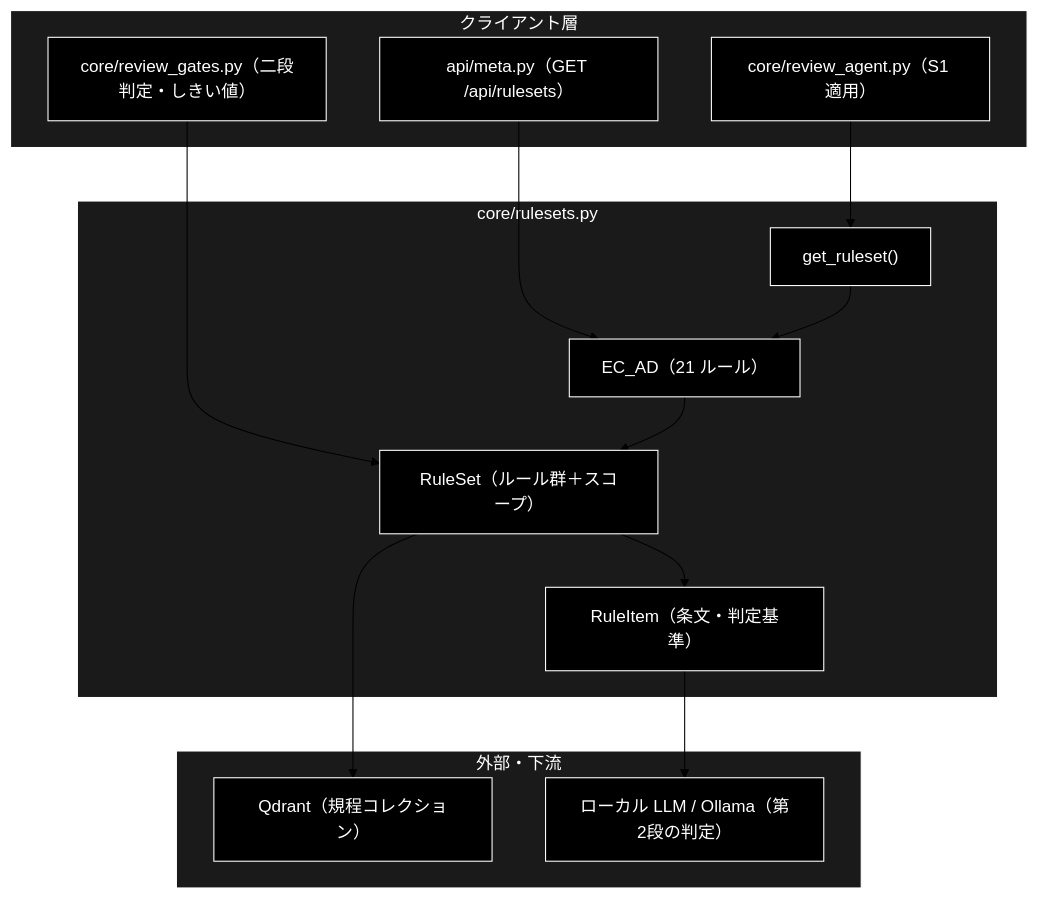
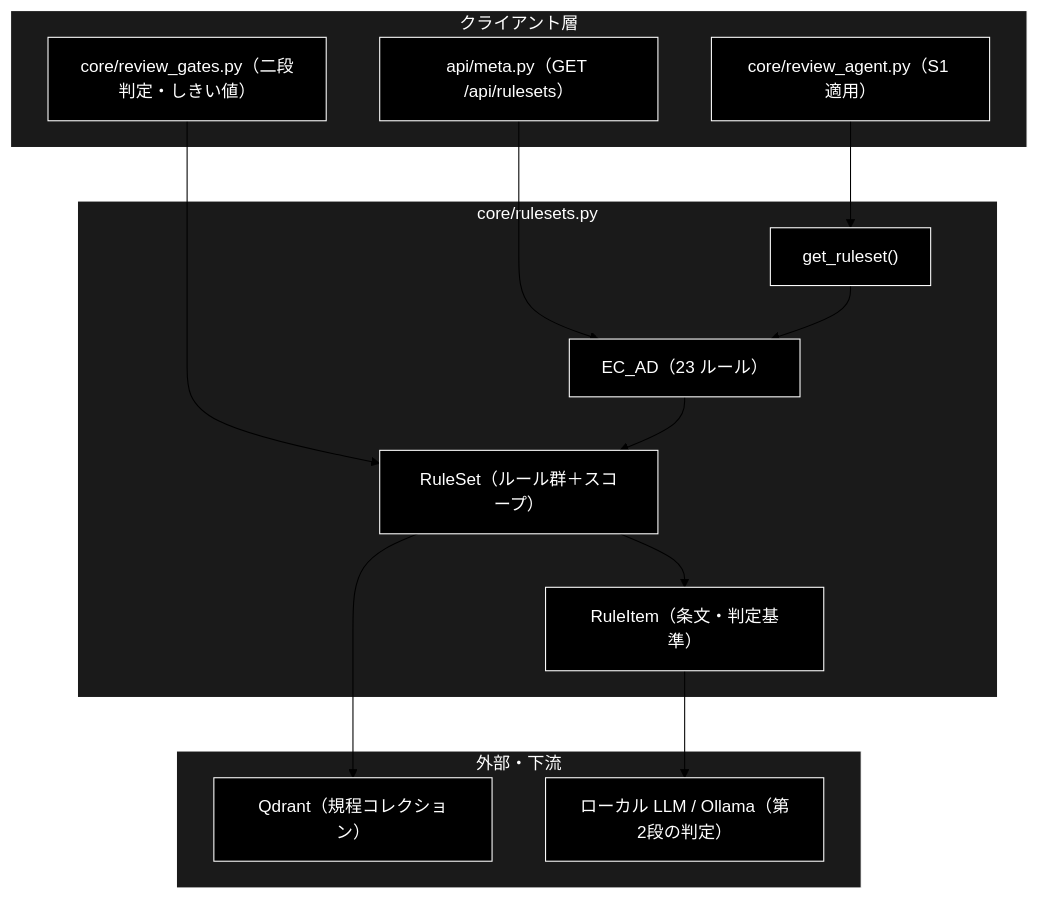
Before and after one commit to nakashima2toshio/grace_v2_local: the first of 3 diagrams in backend/docs/reference/core_rulesets.md, drawn with Mermaid (forest theme). The commit also changed other lines of this file and 57 other files, not shown here.

````diff
--- a/backend/docs/reference/core_rulesets.md
+++ b/backend/docs/reference/core_rulesets.md
@@ -81,35 +90,35 @@
 ```mermaid
 flowchart TB
     subgraph CLIENT["クライアント層"]
         AGENT["core/review_agent.py（S1 適用）"]
         GATES["core/review_gates.py（二段判定・しきい値）"]
         META["api/meta.py（GET /api/rulesets）"]
     end
 
     subgraph MODULE["core/rulesets.py"]
         RULEITEM["RuleItem（条文・判定基準）"]
         RULESET["RuleSet（ルール群＋スコープ）"]
-        ECAD["EC_AD（21 ルール）"]
+        ECAD["EC_AD（23 ルール）"]
         GETRS["get_ruleset()"]
     end
 
     subgraph EXTERNAL["外部・下流"]
         QDRANT["Qdrant（規程コレクション）"]
         LLM["ローカル LLM / Ollama（第2段の判定）"]
     end
 
     AGENT --> GETRS
     GATES --> RULESET
     META --> ECAD
     GETRS --> ECAD
     ECAD --> RULESET
     RULESET --> RULEITEM
     RULESET --> QDRANT
     RULEITEM --> LLM
 classDef default fill:#000,stroke:#fff,color:#fff
 classDef subgraphStyle fill:#1a1a1a,stroke:#fff,color:#fff
 class AGENT,GATES,META,RULEITEM,RULESET,ECAD,GETRS,QDRANT,LLM default
 style CLIENT fill:#1a1a1a,stroke:#fff,color:#fff
 style MODULE fill:#1a1a1a,stroke:#fff,color:#fff
 style EXTERNAL fill:#1a1a1a,stroke:#fff,color:#fff
 ```
````
